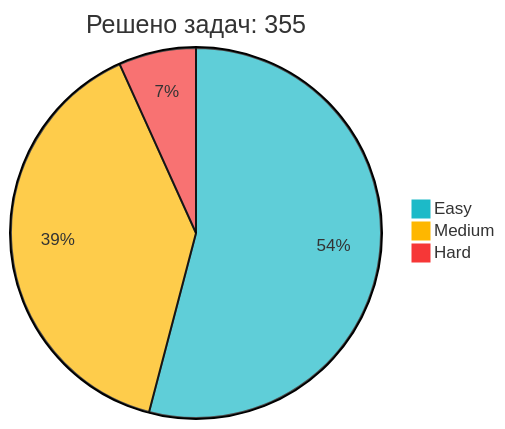
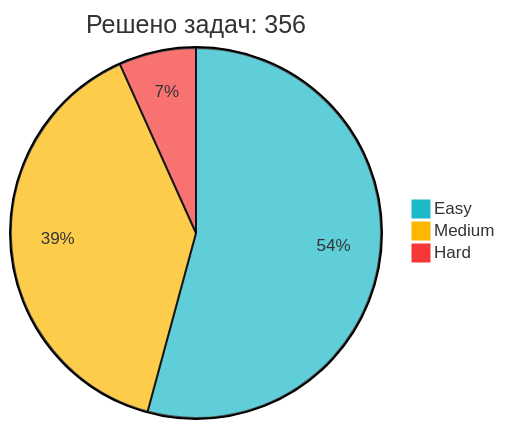
The diagram in README.md (IliaKurdukov/IliaKurdukov), drawn with Mermaid before and after one commit. The commit also changed other lines of this file, not shown here.

Commit message:
📈 Обновление статистики LeetCode

````diff
--- a/README.md
+++ b/README.md
@@ -51,7 +51,7 @@
 ```mermaid
 %%{init: {'theme': 'base', 'themeVariables': { 'pie1': '#1CBAC8', 'pie2': '#FEB700', 'pie3': '#F63737' }, 'config': {'width': 300, 'height': 200}}}%%
-pie title Решено задач: 355
-   "Easy" : 192
+pie title Решено задач: 356
+   "Easy" : 193
    "Medium" : 139
    "Hard" : 24
 ```
````
